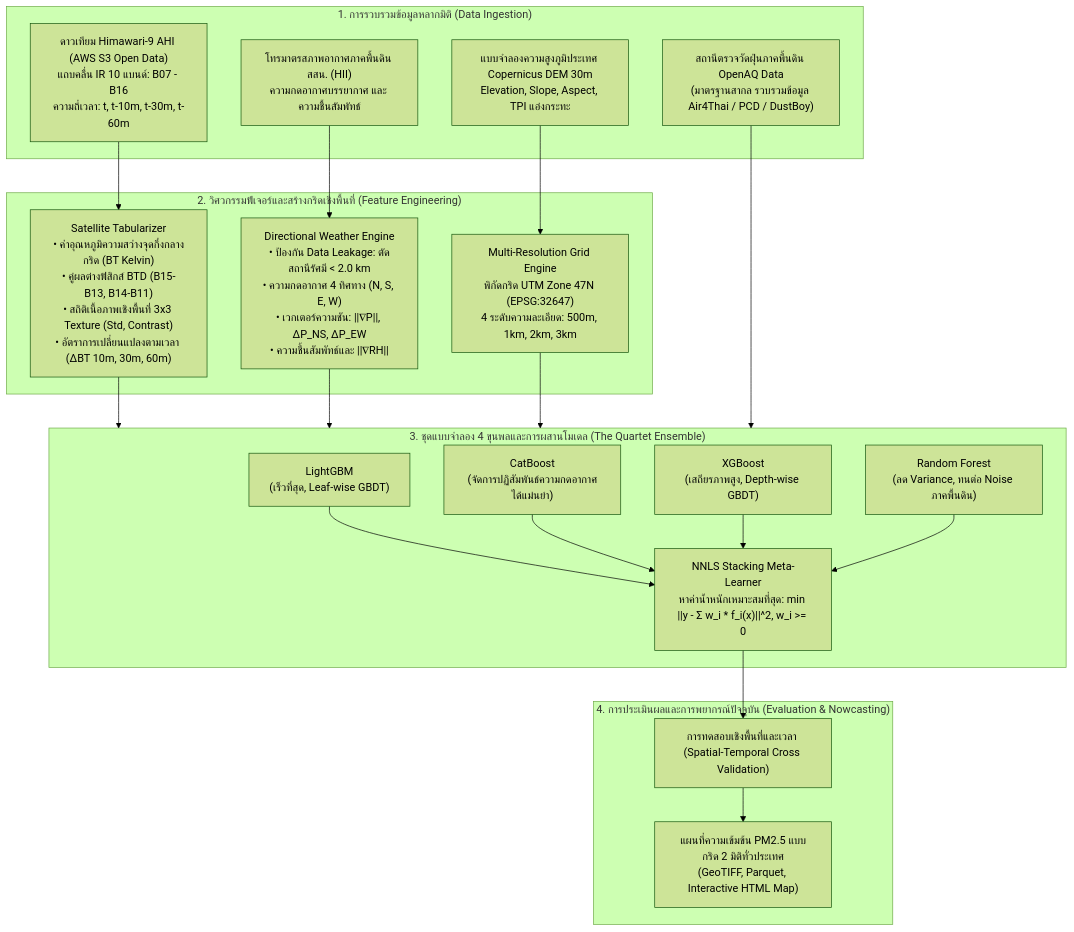
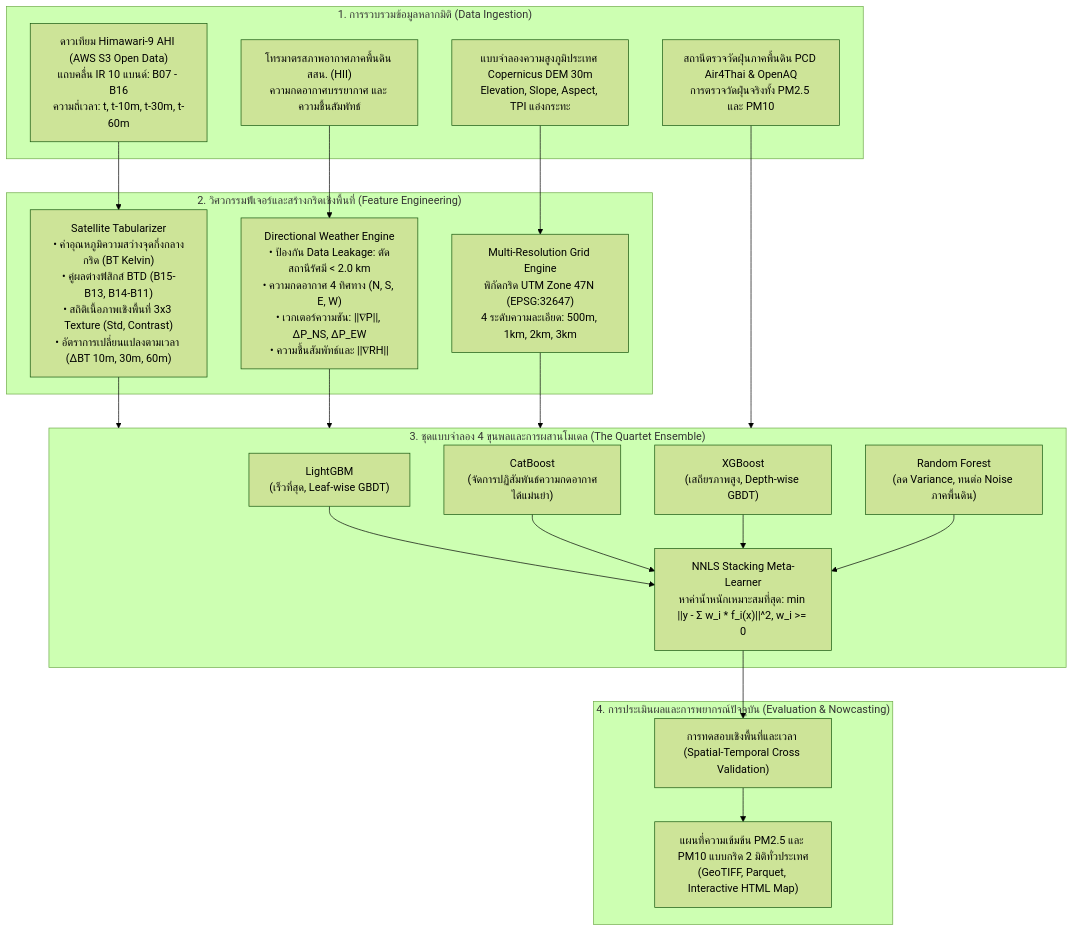
One commit to korarit/dust-from-satellite-image-thailand changed the diagram in README.md. Above: the diagram before and after it, drawn with Mermaid (forest theme). The commit also changed other lines of this file, not shown here.

````diff
--- a/README.md
+++ b/README.md
@@ -64,35 +73,35 @@
 ```mermaid
 flowchart TD
     subgraph DataSources ["1. การรวบรวมข้อมูลหลากมิติ (Data Ingestion)"]
         H9["ดาวเทียม Himawari-9 AHI (AWS S3 Open Data)<br>แถบคลื่น IR 10 แบนด์: B07 - B16<br>ความถี่เวลา: t, t-10m, t-30m, t-60m"]
         HII["โทรมาตรสภาพอากาศภาคพื้นดิน สสน. (HII)<br>ความกดอากาศบรรยากาศ และ ความชื้นสัมพัทธ์"]
         DEM["แบบจำลองความสูงภูมิประเทศ Copernicus DEM 30m<br>Elevation, Slope, Aspect, TPI แอ่งกระทะ"]
-        GT["สถานีตรวจวัดฝุ่นภาคพื้นดิน OpenAQ Data<br>(มาตรฐานสากล รวบรวมข้อมูล Air4Thai / PCD / DustBoy)"]
+        GT["สถานีตรวจวัดฝุ่นภาคพื้นดิน PCD Air4Thai & OpenAQ<br>การตรวจวัดฝุ่นจริงทั้ง PM2.5 และ PM10"]
     end
 
     subgraph FeatureEngineering ["2. วิศวกรรมฟีเจอร์และสร้างกริดเชิงพื้นที่ (Feature Engineering)"]
         SatTab["Satellite Tabularizer<br>• ค่าอุณหภูมิความสว่างจุดกึ่งกลางกริด (BT Kelvin)<br>• คู่ผลต่างฟิสิกส์ BTD (B15-B13, B14-B11)<br>• สถิติเนื้อภาพเชิงพื้นที่ 3x3 Texture (Std, Contrast)<br>• อัตราการเปลี่ยนแปลงตามเวลา (ΔBT 10m, 30m, 60m)"]
         DirPress["Directional Weather Engine<br>• ป้องกัน Data Leakage: ตัดสถานีรัศมี < 2.0 km<br>• ความกดอากาศ 4 ทิศทาง (N, S, E, W)<br>• เวกเตอร์ความชัน: ||∇P||, ΔP_NS, ΔP_EW<br>• ความชื้นสัมพัทธ์และ ||∇RH||"]
         GridEng["Multi-Resolution Grid Engine<br>พิกัดกริด UTM Zone 47N (EPSG:32647)<br>4 ระดับความละเอียด: 500m, 1km, 2km, 3km"]
     end
 
     subgraph ModelingSuite ["3. ชุดแบบจำลอง 4 ขุนพลและการผสานโมเดล (The Quartet Ensemble)"]
         LGB["LightGBM<br>(เร็วที่สุด, Leaf-wise GBDT)"]
         CAT["CatBoost<br>(จัดการปฏิสัมพันธ์ความกดอากาศได้แม่นยำ)"]
         XGB["XGBoost<br>(เสถียรภาพสูง, Depth-wise GBDT)"]
         RF["Random Forest<br>(ลด Variance, ทนต่อ Noise ภาคพื้นดิน)"]
         Meta["NNLS Stacking Meta-Learner<br>หาค่าน้ำหนักเหมาะสมที่สุด: min ||y - Σ w_i * f_i(x)||^2, w_i >= 0"]
     end
 
     subgraph EvaluationInference ["4. การประเมินผลและการพยากรณ์ปัจจุบัน (Evaluation & Nowcasting)"]
         CV["การทดสอบเชิงพื้นที่และเวลา (Spatial-Temporal Cross Validation)"]
-        Map["แผนที่ความเข้มข้น PM2.5 แบบกริด 2 มิติทั่วประเทศ<br>(GeoTIFF, Parquet, Interactive HTML Map)"]
+        Map["แผนที่ความเข้มข้น PM2.5 และ PM10 แบบกริด 2 มิติทั่วประเทศ<br>(GeoTIFF, Parquet, Interactive HTML Map)"]
     end
 
     H9 --> SatTab
     HII --> DirPress
     DEM --> GridEng
     SatTab & DirPress & GridEng & GT --> ModelingSuite
     LGB & CAT & XGB & RF --> Meta
     Meta --> CV --> Map
 ```
````
